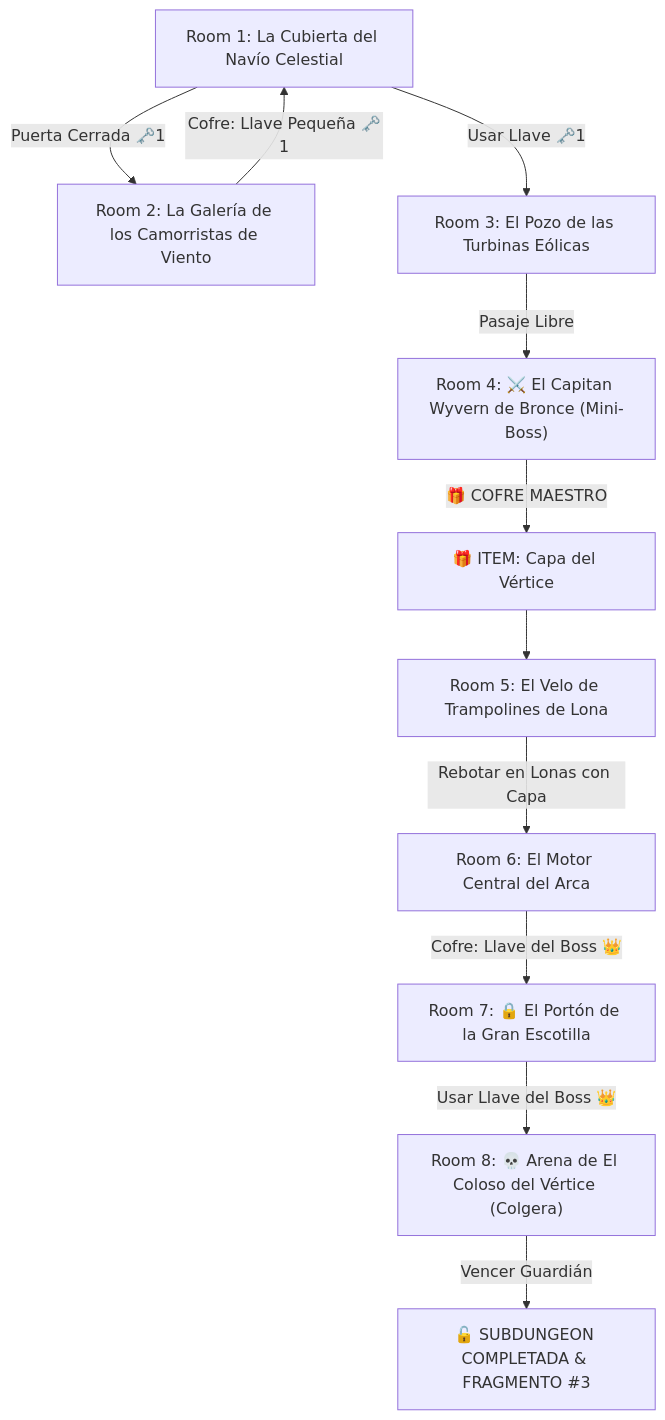
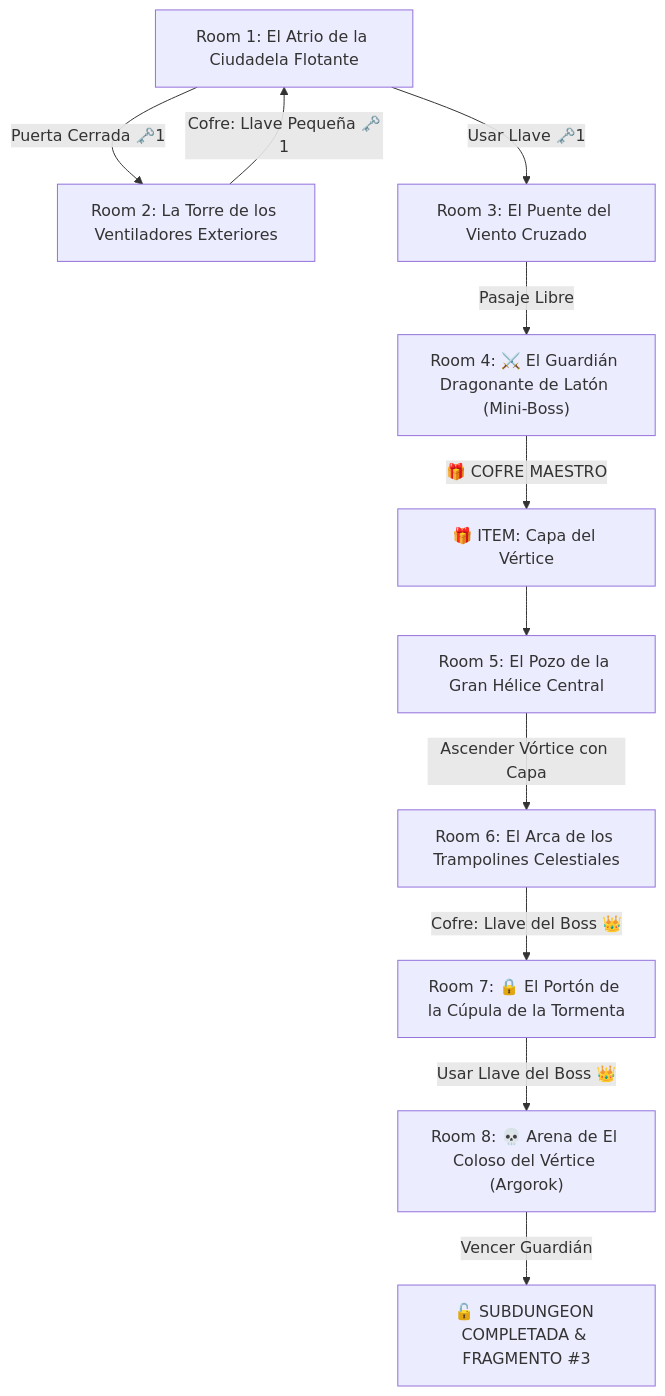
The diagram in 7 - DM/OneShots/ARepeat/Subdungeons/03_Subdungeon_Aire_Torre.md (linkmati/ShivathLyss), drawn with Mermaid before and after one commit. The commit also changed other lines of this file and 18 other files, not shown here.

````diff
--- a/7 - DM/OneShots/ARepeat/Subdungeons/03_Subdungeon_Aire_Torre.md
+++ b/7 - DM/OneShots/ARepeat/Subdungeons/03_Subdungeon_Aire_Torre.md
@@ -14,13 +14,13 @@
 ```mermaid
 graph TD
-    S1["Room 1: La Cubierta del Navío Celestial"] -->|Puerta Cerrada 🗝️1| S2["Room 2: La Galería de los Camorristas de Viento"]
+    S1["Room 1: El Atrio de la Ciudadela Flotante"] -->|Puerta Cerrada 🗝️1| S2["Room 2: La Torre de los Ventiladores Exteriores"]
     S2 -->|Cofre: Llave Pequeña 🗝️1| S1
-    S1 -->|Usar Llave 🗝️1| S3["Room 3: El Pozo de las Turbinas Eólicas"]
-    S3 -->|Pasaje Libre| S4["Room 4: ⚔️ El Capitan Wyvern de Bronce (Mini-Boss)"]
+    S1 -->|Usar Llave 🗝️1| S3["Room 3: El Puente del Viento Cruzado"]
+    S3 -->|Pasaje Libre| S4["Room 4: ⚔️ El Guardián Dragonante de Latón (Mini-Boss)"]
     S4 -->|🎁 COFRE MAESTRO| Item["🎁 ITEM: Capa del Vértice"]
-    Item --> S5["Room 5: El Velo de Trampolines de Lona"]
-    S5 -->|Rebotar en Lonas con Capa| S6["Room 6: El Motor Central del Arca"]
-    S6 -->|Cofre: Llave del Boss 👑| S7["Room 7: 🔒 El Portón de la Gran Escotilla"]
-    S7 -->|Usar Llave del Boss 👑| S8["Room 8: 💀 Arena de El Coloso del Vértice (Colgera)"]
+    Item --> S5["Room 5: El Pozo de la Gran Hélice Central"]
+    S5 -->|Ascender Vórtice con Capa| S6["Room 6: El Arca de los Trampolines Celestiales"]
+    S6 -->|Cofre: Llave del Boss 👑| S7["Room 7: 🔒 El Portón de la Cúpula de la Tormenta"]
+    S7 -->|Usar Llave del Boss 👑| S8["Room 8: 💀 Arena de El Coloso del Vértice (Argorok)"]
     S8 -->|Vencer Guardián| Win["🔓 SUBDUNGEON COMPLETADA & FRAGMENTO #3"]
 ```
````
